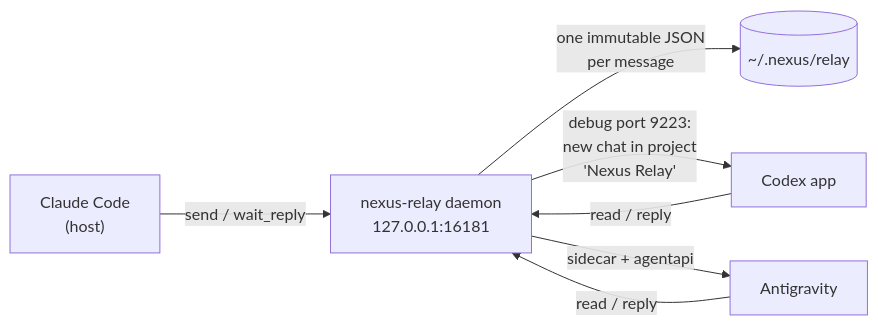
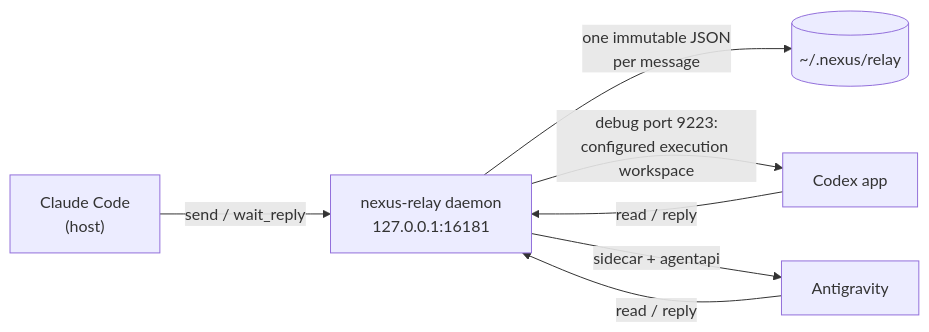
Before and after one commit to pironjulien/NexusRelay: the diagram in README.md, drawn with Mermaid. The commit also changed other lines of this file and 85 other files, not shown here.

````diff
--- a/README.md
+++ b/README.md
@@ -25,9 +25,9 @@
 ```mermaid
 flowchart LR
     C["Claude Code<br/>(host)"] -- "send / wait_reply" --> D["nexus-relay daemon<br/>127.0.0.1:16181"]
     D -- "one immutable JSON<br/>per message" --> B[("~/.nexus/relay")]
-    D -- "debug port 9223:<br/>new chat in project<br/>'Nexus Relay'" --> X["Codex app"]
+    D -- "debug port 9223:<br/>configured execution workspace" --> X["Codex app"]
     D -- "sidecar + agentapi" --> A["Antigravity"]
     X -- "read / reply" --> D
     A -- "read / reply" --> D
 ```
````
